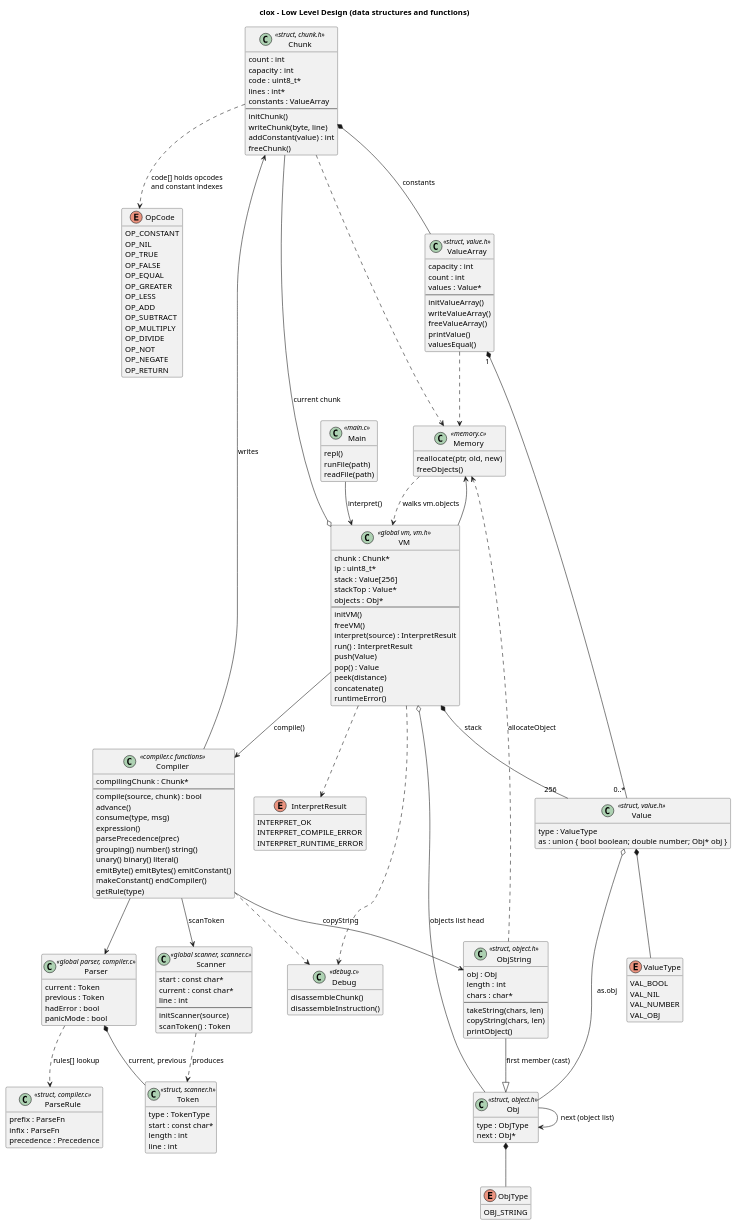
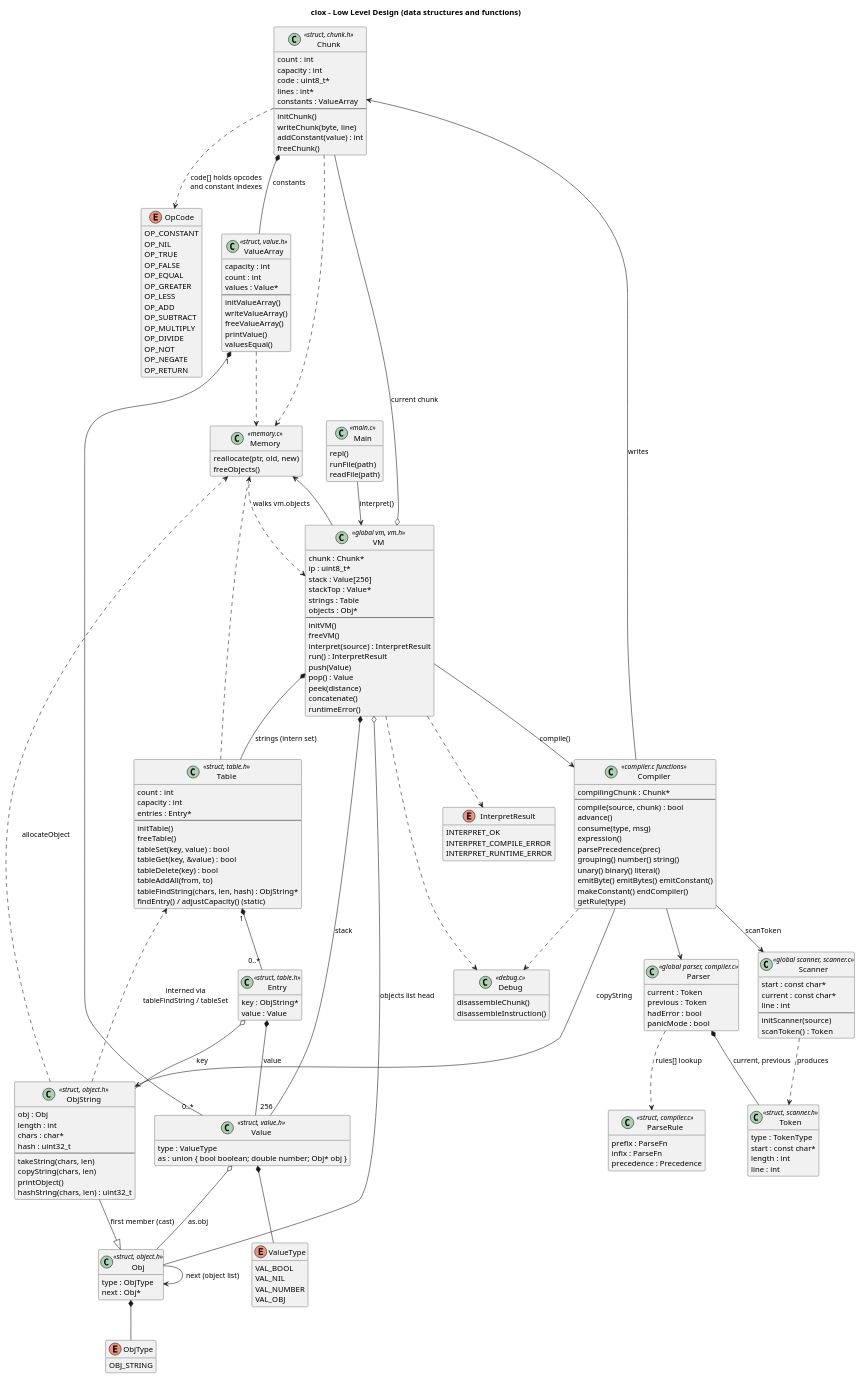
The diagram in docs/puml/lld-classes.puml (thegoddo/clox), drawn with PlantUML before and after one commit. The commit also changed 25 other files, not shown here.

```diff
--- a/docs/puml/lld-classes.puml
+++ b/docs/puml/lld-classes.puml
@@ -70,10 +70,32 @@
   obj : Obj
   length : int
   chars : char*
+  hash : uint32_t
   --
   takeString(chars, len)
   copyString(chars, len)
   printObject()
+  hashString(chars, len) : uint32_t
+}
+
+class Entry <<struct, table.h>> {
+  key : ObjString*
+  value : Value
+}
+
+class Table <<struct, table.h>> {
+  count : int
+  capacity : int
+  entries : Entry*
+  --
+  initTable()
+  freeTable()
+  tableSet(key, value) : bool
+  tableGet(key, &value) : bool
+  tableDelete(key) : bool
+  tableAddAll(from, to)
+  tableFindString(chars, len, hash) : ObjString*
+  findEntry() / adjustCapacity() (static)
 }
 
 class VM <<global vm, vm.h>> {
@@ -81,6 +103,7 @@
   ip : uint8_t*
   stack : Value[256]
   stackTop : Value*
+  strings : Table
   objects : Obj*
   --
   initVM()
@@ -171,6 +194,12 @@
 VM o-- Chunk : current chunk
 VM *-- "256" Value : stack
 VM o-- Obj : objects list head
+VM *-- Table : strings (intern set)
+Table "1" *-- "0..*" Entry
+Entry o-- ObjString : key
+Entry *-- Value : value
+ObjString ..> Table : interned via\ntableFindString / tableSet
+Table ..> Memory
 VM ..> InterpretResult
 Scanner ..> Token : produces
 Parser *-- Token : current, previous
```
